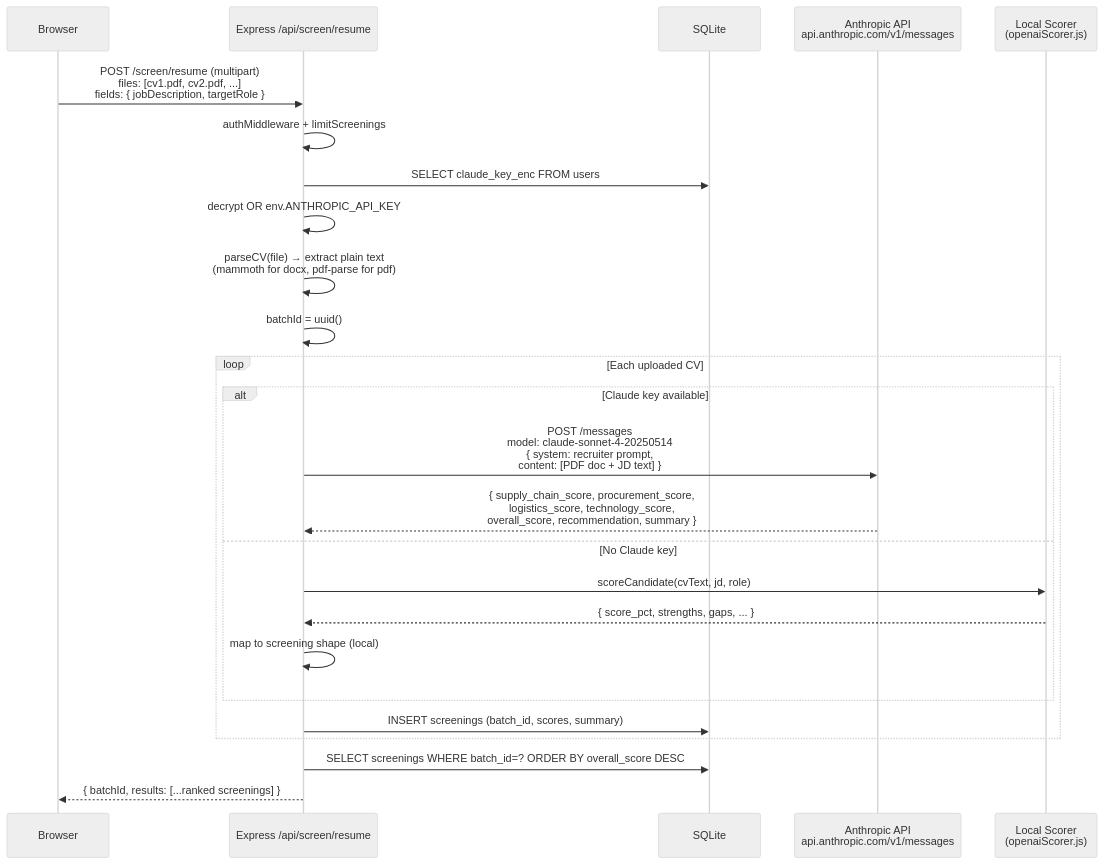
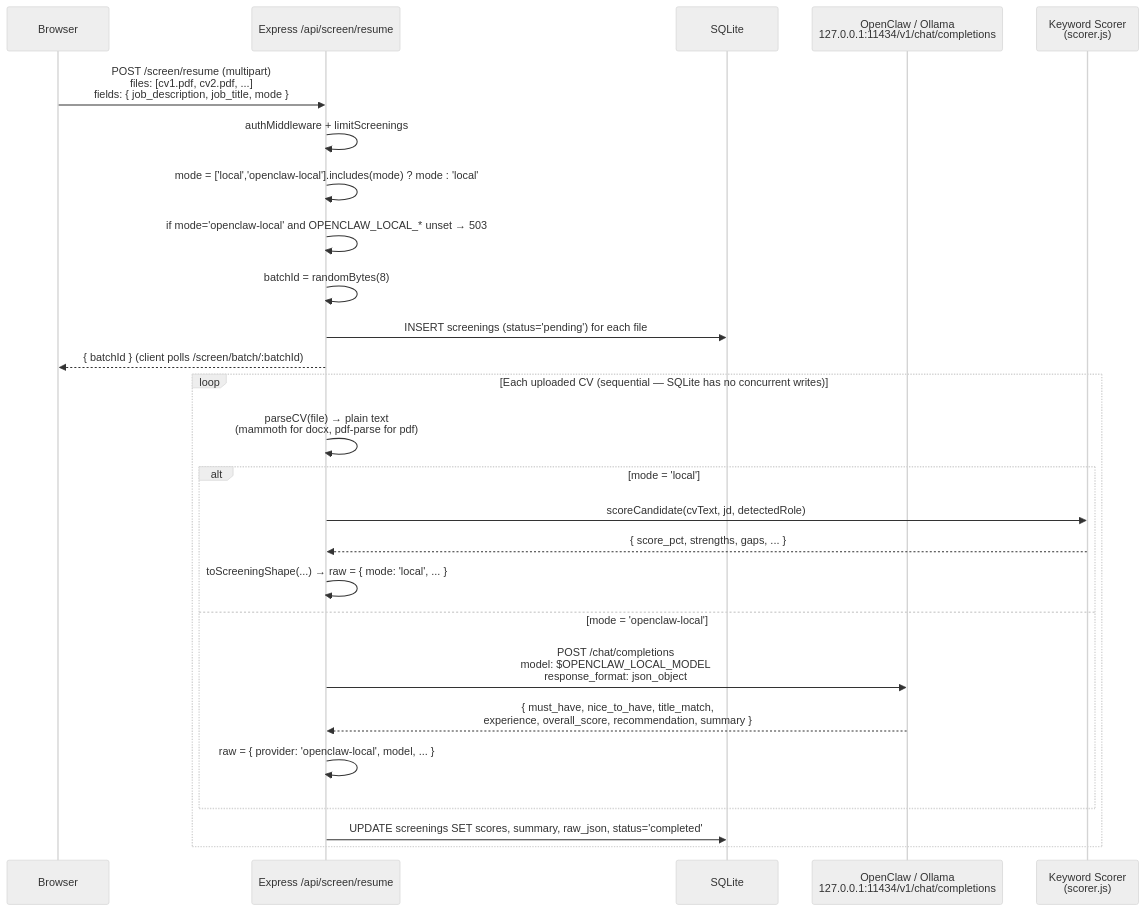
Before and after one commit to bansodashish/talentlens: the eighth of 12 diagrams in arch.md, drawn with Mermaid (neutral theme). The commit also changed other lines of this file and 12 other files, not shown here.

Commit message:
Remove Claude and LocalAI scan modes; keep keyword + OpenClaw local

````diff
--- a/arch.md
+++ b/arch.md
@@ -202,30 +203,30 @@
 ```mermaid
 sequenceDiagram
     participant U as Browser
     participant S as Express /api/screen/resume
     participant DB as SQLite
-    participant C as Anthropic API<br/>api.anthropic.com/v1/messages
-    participant Loc as Local Scorer<br/>(openaiScorer.js)
+    participant OC as OpenClaw / Ollama<br/>127.0.0.1:11434/v1/chat/completions
+    participant Loc as Keyword Scorer<br/>(scorer.js)
 
-    U->>S: POST /screen/resume (multipart)<br/>files: [cv1.pdf, cv2.pdf, ...]<br/>fields: { jobDescription, targetRole }
+    U->>S: POST /screen/resume (multipart)<br/>files: [cv1.pdf, cv2.pdf, ...]<br/>fields: { job_description, job_title, mode }
     S->>S: authMiddleware + limitScreenings
-    S->>DB: SELECT claude_key_enc FROM users
-    S->>S: decrypt OR env.ANTHROPIC_API_KEY
-    S->>S: parseCV(file) → extract plain text<br/>(mammoth for docx, pdf-parse for pdf)
-    S->>S: batchId = uuid()
+    S->>S: mode = ['local','openclaw-local'].includes(mode) ? mode : 'local'
+    S->>S: if mode='openclaw-local' and OPENCLAW_LOCAL_* unset → 503
+    S->>S: batchId = randomBytes(8)
+    S->>DB: INSERT screenings (status='pending') for each file
+    S-->>U: { batchId } (client polls /screen/batch/:batchId)
 
-    loop Each uploaded CV
-        alt Claude key available
-            S->>C: POST /messages<br/>model: claude-sonnet-4-20250514<br/>{ system: recruiter prompt,<br/>  content: [PDF doc + JD text] }
-            C-->>S: { supply_chain_score, procurement_score,<br/>logistics_score, technology_score,<br/>overall_score, recommendation, summary }
-        else No Claude key
-            S->>Loc: scoreCandidate(cvText, jd, role)
+    loop Each uploaded CV (sequential — SQLite has no concurrent writes)
+        S->>S: parseCV(file) → plain text<br/>(mammoth for docx, pdf-parse for pdf)
+        alt mode = 'local'
+            S->>Loc: scoreCandidate(cvText, jd, detectedRole)
             Loc-->>S: { score_pct, strengths, gaps, ... }
-            S->>S: map to screening shape (local)
+            S->>S: toScreeningShape(...) → raw = { mode: 'local', ... }
+        else mode = 'openclaw-local'
+            S->>OC: POST /chat/completions<br/>model: $OPENCLAW_LOCAL_MODEL<br/>response_format: json_object
+            OC-->>S: { must_have, nice_to_have, title_match,<br/>experience, overall_score, recommendation, summary }
+            S->>S: raw = { provider: 'openclaw-local', model, ... }
         end
-        S->>DB: INSERT screenings (batch_id, scores, summary)
+        S->>DB: UPDATE screenings SET scores, summary, raw_json, status='completed'
     end
-
-    S->>DB: SELECT screenings WHERE batch_id=? ORDER BY overall_score DESC
-    S-->>U: { batchId, results: [...ranked screenings] }
 ```
````
